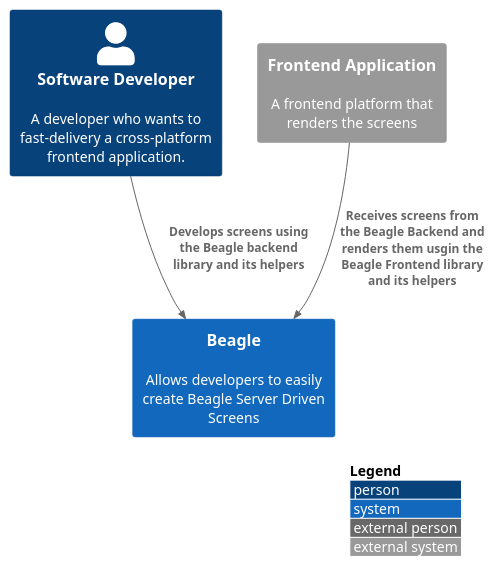
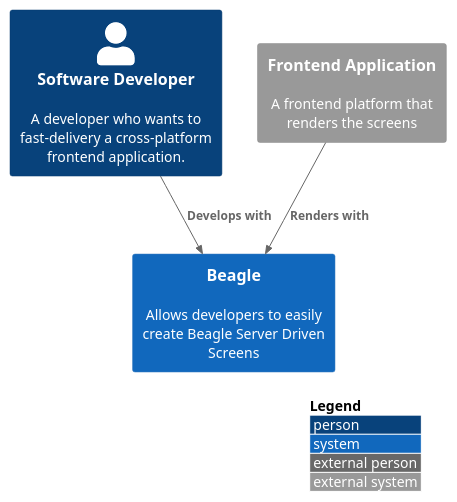
One commit to hectorcustodiozup/Beagle-C4-Model changed the diagram in src/context.puml. Above: the diagram before and after it, drawn with PlantUML. The commit also changed 1 other file, not shown here.

```diff
--- a/src/context.puml
+++ b/src/context.puml
@@ -1,13 +1,13 @@
 @startuml context
 !include https://raw.githubusercontent.com/adrianvlupu/C4-PlantUML/latest/C4_Context.puml
 
 LAYOUT_WITH_LEGEND()
 
 Person(software_developer, "Software Developer", "A developer who wants to fast-delivery a cross-platform frontend application.")
 System(beagle, "Beagle", "Allows developers to easily create Beagle Server Driven Screens")
 ' System(bf, "Beagle Frontend", "Translates Beagle screens to native platform code")
 System_Ext(frontend_app, "Frontend Application", "A frontend platform that renders the screens")
 
-Rel(software_developer, beagle, "Develops screens using the Beagle backend library and its helpers")
-Rel(frontend_app, beagle, "Receives screens from the Beagle Backend and renders them usgin the Beagle Frontend library and its helpers")
+Rel(software_developer, beagle, "Develops with")
+Rel(frontend_app, beagle, "Renders with")
 @enduml
```
